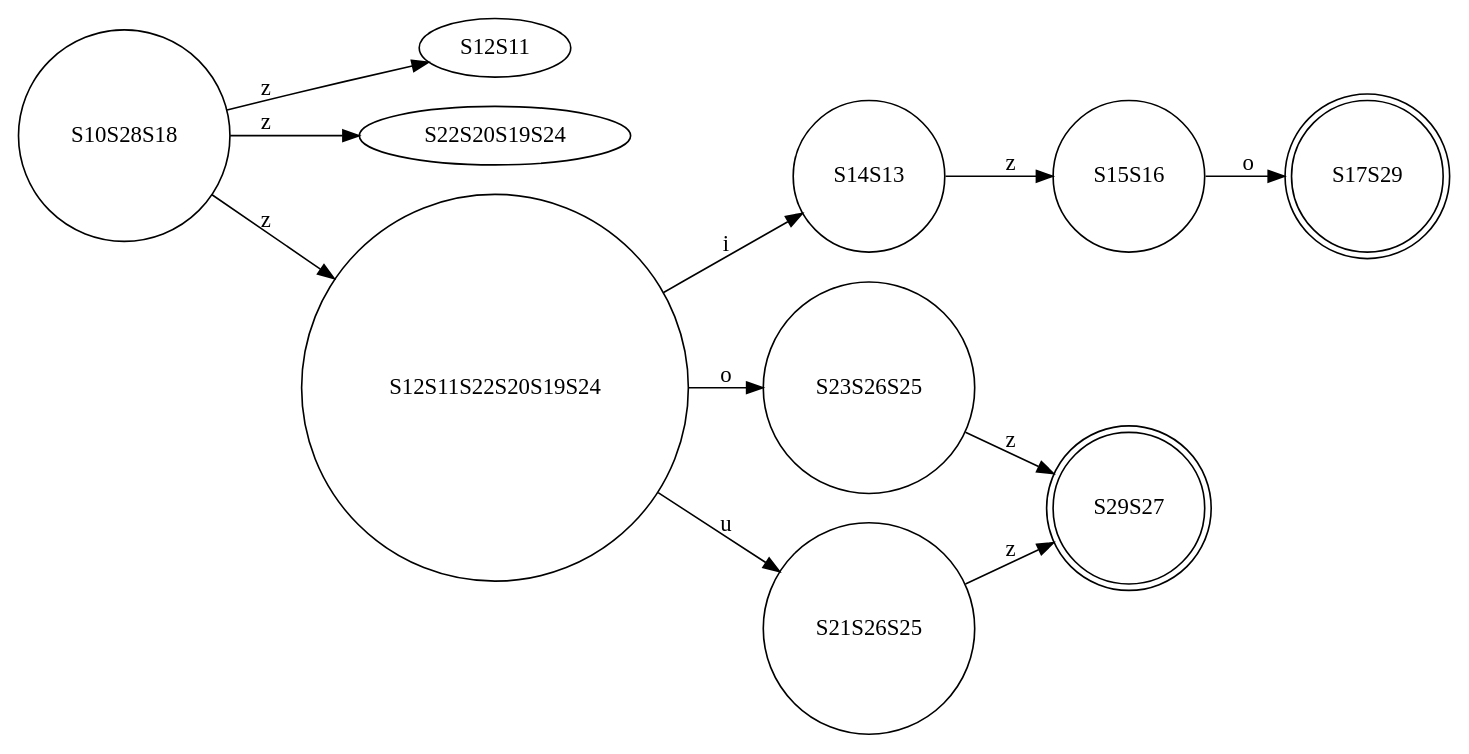
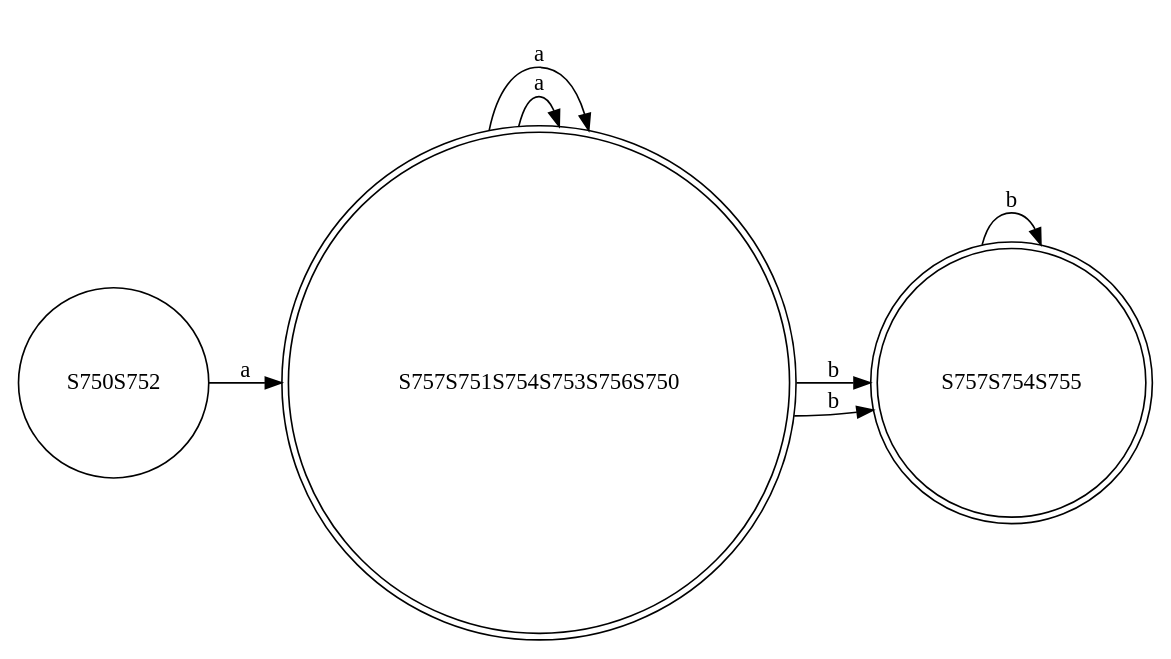
One commit to abdelazizSalah/RegExp_NFA_DFA_DFAMinimization changed the diagram in finalCode/test-output/DFA.gv. Above: the diagram before and after it, drawn with Graphviz. The commit also changed 12 other files, not shown here.

```diff
--- a/finalCode/test-output/DFA.gv
+++ b/finalCode/test-output/DFA.gv
@@ -1,22 +1,14 @@
 // DFA graph
 digraph {
 	graph [rankdir=LR]
-	S10S28S18 [label=S10S28S18 shape=circle]
-	S10S28S18 -> S12S11 [label=z]
-	S10S28S18 -> S22S20S19S24 [label=z]
-	S10S28S18 -> S12S11S22S20S19S24 [label=z]
-	S14S13 [label=S14S13 shape=circle]
-	S14S13 -> S15S16 [label=z]
-	S23S26S25 [label=S23S26S25 shape=circle]
-	S23S26S25 -> S29S27 [label=z]
-	S21S26S25 [label=S21S26S25 shape=circle]
-	S21S26S25 -> S29S27 [label=z]
-	S15S16 [label=S15S16 shape=circle]
-	S15S16 -> S17S29 [label=o]
-	S29S27 [label=S29S27 shape=doublecircle]
-	S17S29 [label=S17S29 shape=doublecircle]
-	S12S11S22S20S19S24 [label=S12S11S22S20S19S24 shape=circle]
-	S12S11S22S20S19S24 -> S14S13 [label=i]
-	S12S11S22S20S19S24 -> S23S26S25 [label=o]
-	S12S11S22S20S19S24 -> S21S26S25 [label=u]
+	S750S752 [label=S750S752 shape=circle]
+	S750S752 -> S757S751S754S753S756S750 [label=a]
+	S757S751S754S753S756S750 [label=S757S751S754S753S756S750 shape=doublecircle]
+	S757S751S754S753S756S750 -> S757S754S755 [label=b]
+	S757S751S754S753S756S750 -> S757S751S754S753S756S750 [label=a]
+	S757S754S755 [label=S757S754S755 shape=doublecircle]
+	S757S754S755 -> S757S754S755 [label=b]
+	S757S751S754S753S756S750 [label=S757S751S754S753S756S750 shape=doublecircle]
+	S757S751S754S753S756S750 -> S757S754S755 [label=b]
+	S757S751S754S753S756S750 -> S757S751S754S753S756S750 [label=a]
 }
```
